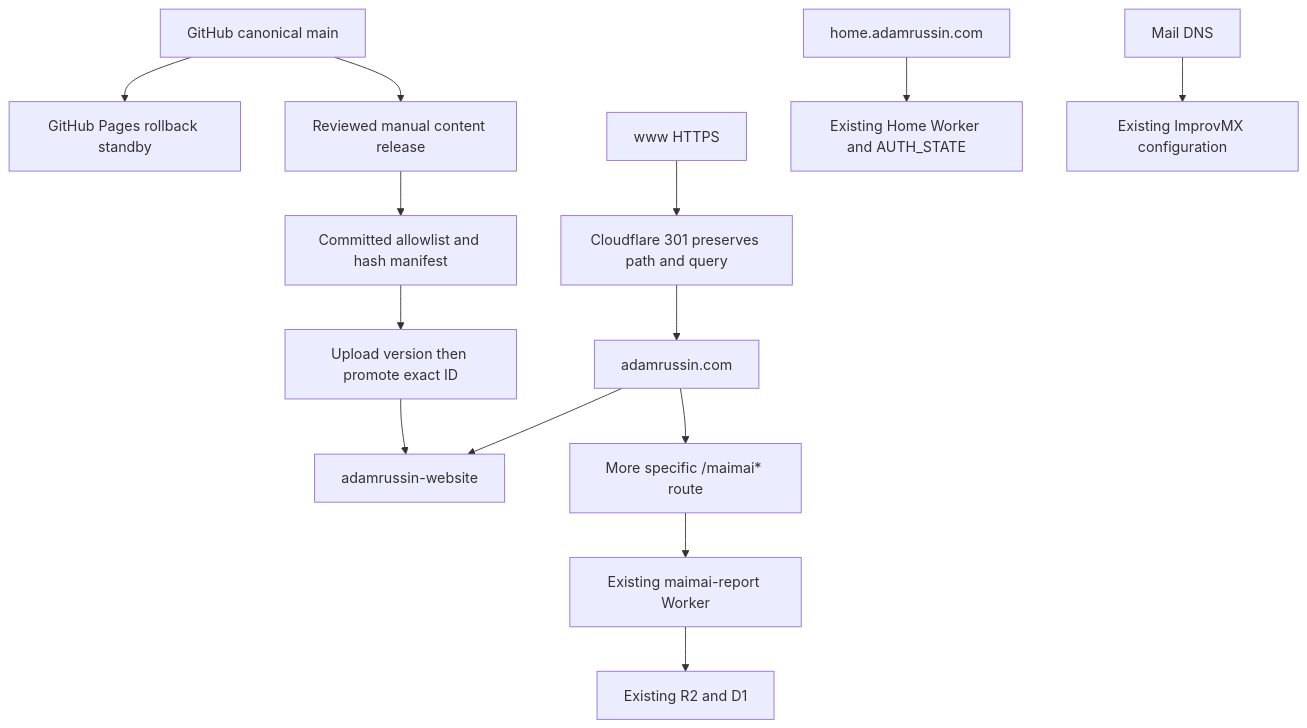
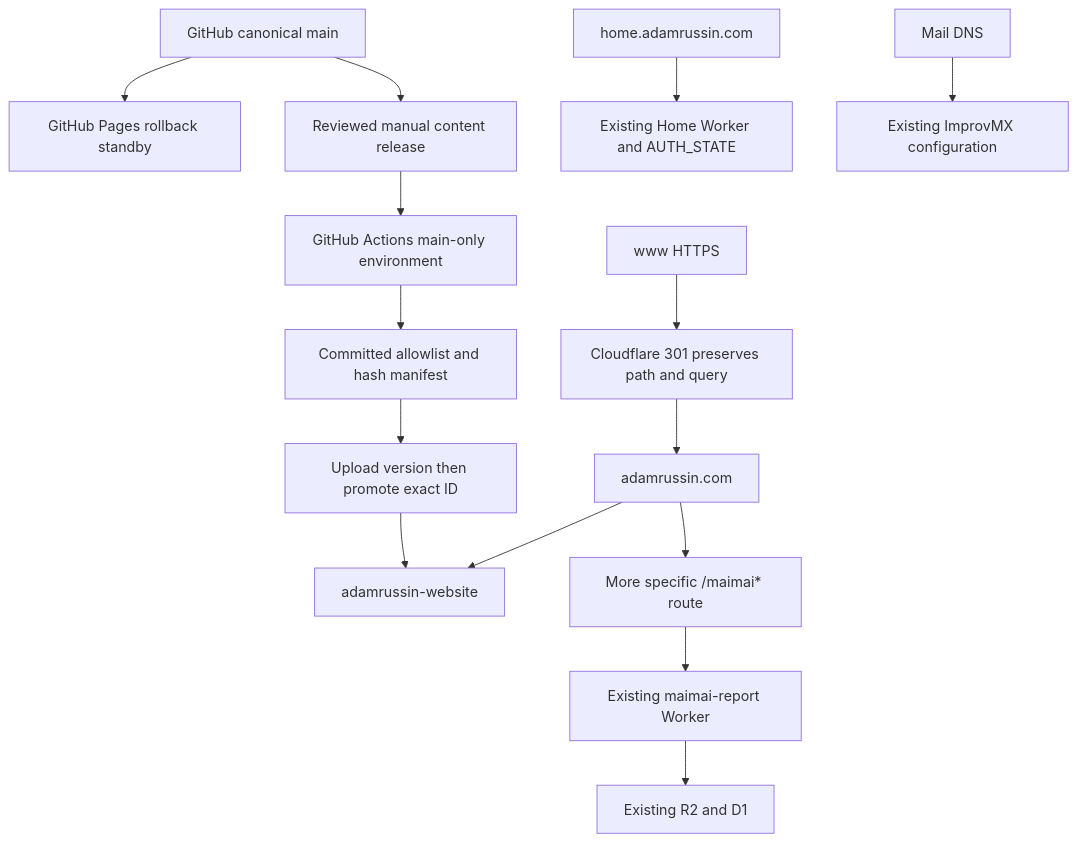
The first of 2 diagrams in WORKER_PUBLISHING.md (arussin/personal-website), drawn with Mermaid before and after one commit. The commit also changed other lines of this file and 4 other files, not shown here.

````diff
--- a/WORKER_PUBLISHING.md
+++ b/WORKER_PUBLISHING.md
@@ -76,16 +86,17 @@
 ```mermaid
 flowchart TD
   GitHub[GitHub canonical main] --> Pages[GitHub Pages rollback standby]
   GitHub --> Review[Reviewed manual content release]
-  Review --> Package[Committed allowlist and hash manifest]
+  Review --> CI[GitHub Actions main-only environment]
+  CI --> Package[Committed allowlist and hash manifest]
   Package --> Upload[Upload version then promote exact ID]
   Upload --> Website[adamrussin-website]
   Apex[adamrussin.com] --> Website
   WWW[www HTTPS] --> Redirect[Cloudflare 301 preserves path and query]
   Redirect --> Apex
   Apex --> Maimai[More specific /maimai* route]
   Maimai --> Report[Existing maimai-report Worker]
   Report --> Data[Existing R2 and D1]
   Home[home.adamrussin.com] --> Tidbyt[Existing Home Worker and AUTH_STATE]
   Mail[Mail DNS] --> ImprovMX[Existing ImprovMX configuration]
 ```
````
